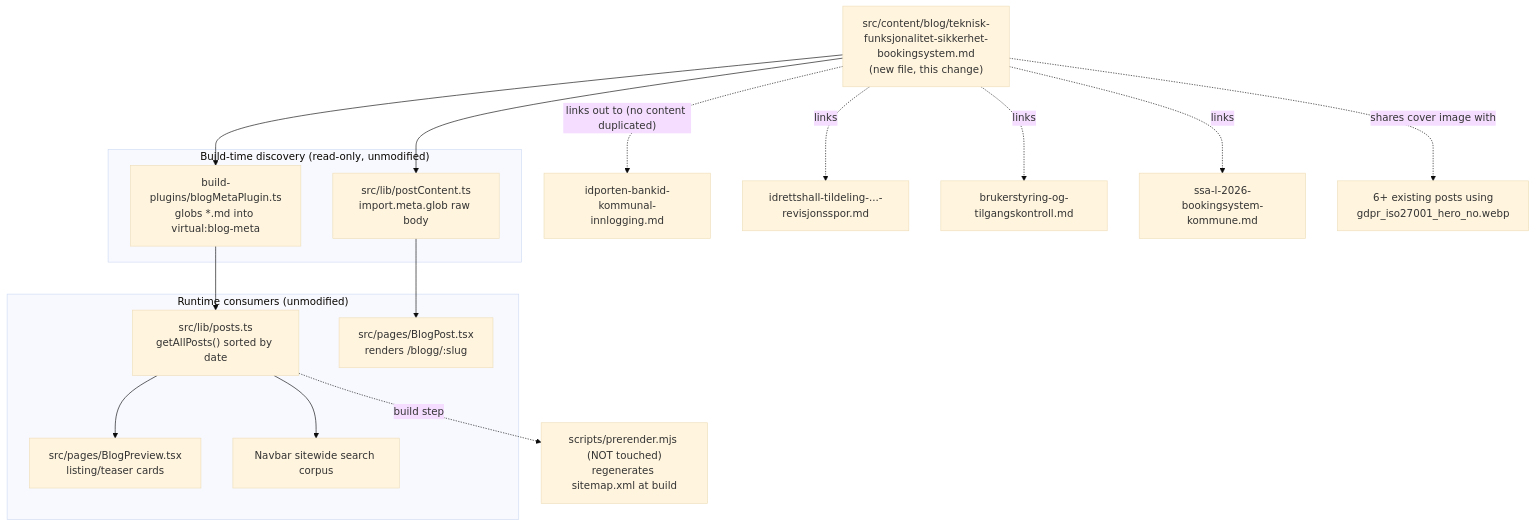
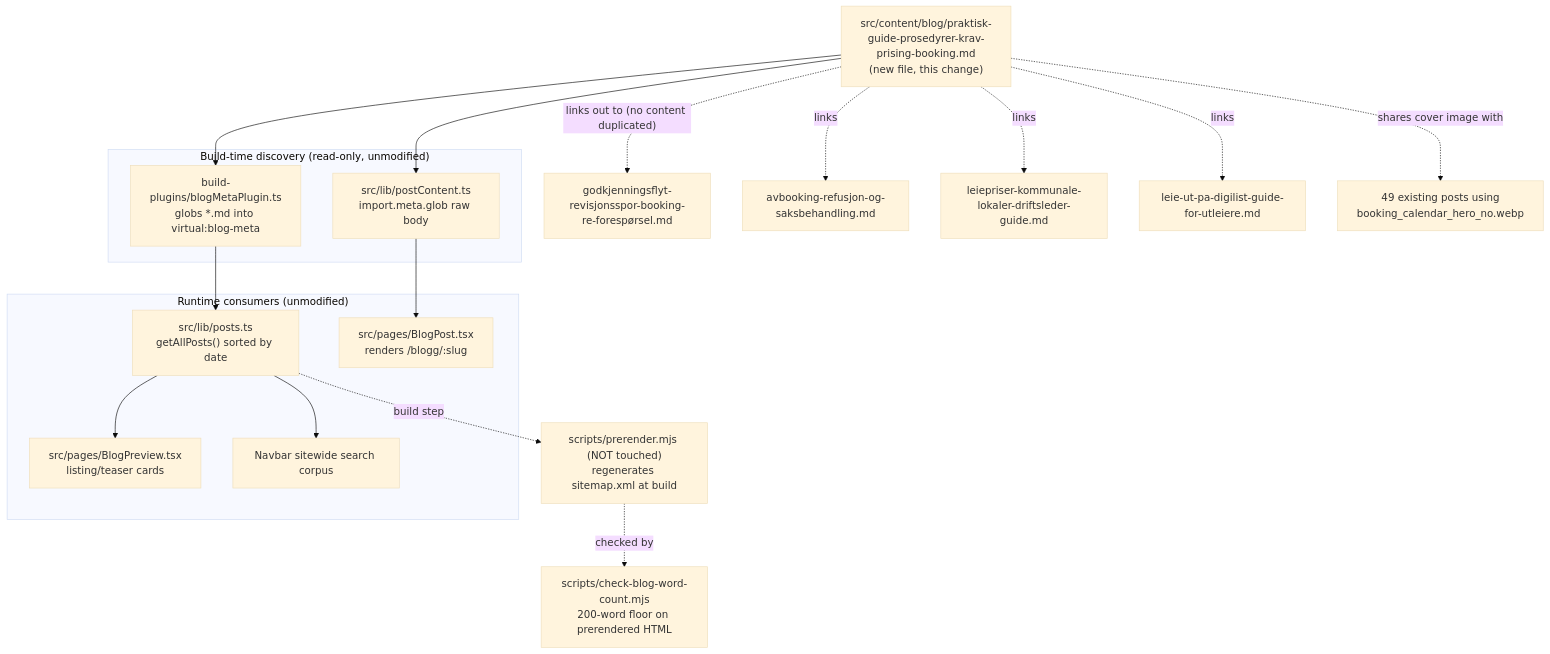
The diagram in AGENT-SPEC.md (Xala-Technologies/booking-brilliance), drawn with Mermaid (base theme) before and after one commit. The commit also changed other lines of this file and 1 other file, not shown here.

First line of the commit message:
feat(XAL-1139): add praktisk guide to booking procedures post

````diff
--- a/AGENT-SPEC.md
+++ b/AGENT-SPEC.md
@@ -120,30 +128,32 @@
 ```mermaid
 flowchart TD
-    MD["src/content/blog/teknisk-funksjonalitet-sikkerhet-bookingsystem.md<br/>(new file, this change)"]
+    MD["src/content/blog/praktisk-guide-prosedyrer-krav-prising-booking.md<br/>(new file, this change)"]
 
     subgraph BuildTime["Build-time discovery (read-only, unmodified)"]
         Plugin["build-plugins/blogMetaPlugin.ts<br/>globs *.md into virtual:blog-meta"]
         RawGlob["src/lib/postContent.ts<br/>import.meta.glob raw body"]
     end
 
     subgraph Runtime["Runtime consumers (unmodified)"]
         PostsTS["src/lib/posts.ts<br/>getAllPosts() sorted by date"]
         BlogPost["src/pages/BlogPost.tsx<br/>renders /blogg/:slug"]
         BlogPreview["src/pages/BlogPreview.tsx<br/>listing/teaser cards"]
         Search["Navbar sitewide search corpus"]
     end
 
     Prerender["scripts/prerender.mjs (NOT touched)<br/>regenerates sitemap.xml at build"]
+    WordCount["scripts/check-blog-word-count.mjs<br/>200-word floor on prerendered HTML"]
 
     MD --> Plugin --> PostsTS
     MD --> RawGlob --> BlogPost
     PostsTS --> BlogPreview
     PostsTS --> Search
     PostsTS -.build step.-> Prerender
+    Prerender -.checked by.-> WordCount
 
-    MD -. "links out to (no content duplicated)" .-> A["idporten-bankid-kommunal-innlogging.md"]
-    MD -. links .-> B["idrettshall-tildeling-...-revisjonsspor.md"]
-    MD -. links .-> C["brukerstyring-og-tilgangskontroll.md"]
-    MD -. links .-> D["ssa-l-2026-bookingsystem-kommune.md"]
-    MD -. "shares cover image with" .-> E["6+ existing posts using<br/>gdpr_iso27001_hero_no.webp"]
+    MD -. "links out to (no content duplicated)" .-> A["godkjenningsflyt-revisjonsspor-booking-re-forespørsel.md"]
+    MD -. links .-> B["avbooking-refusjon-og-saksbehandling.md"]
+    MD -. links .-> C["leiepriser-kommunale-lokaler-driftsleder-guide.md"]
+    MD -. links .-> D["leie-ut-pa-digilist-guide-for-utleiere.md"]
+    MD -. "shares cover image with" .-> E["49 existing posts using<br/>booking_calendar_hero_no.webp"]
 ```
````
